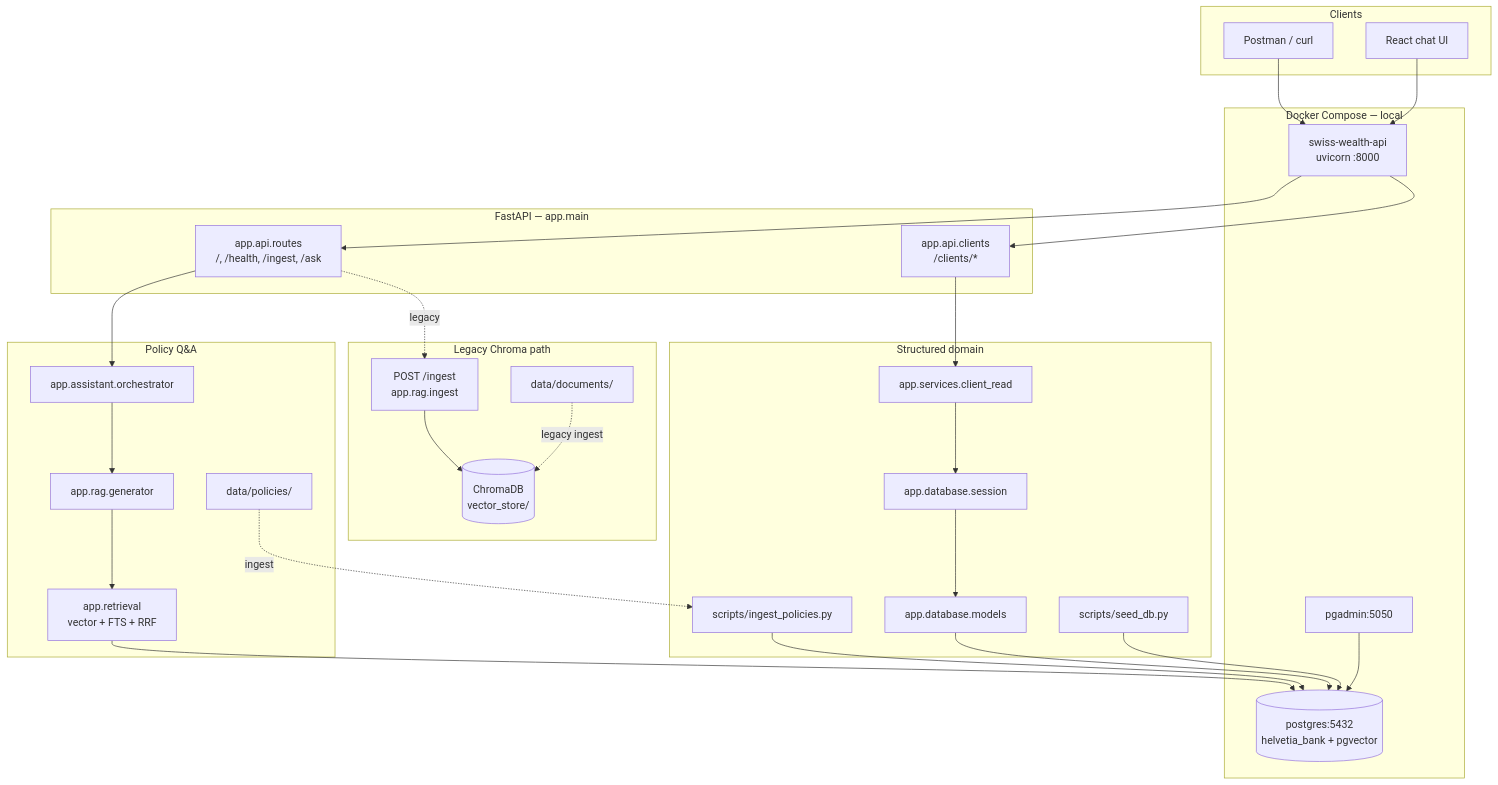
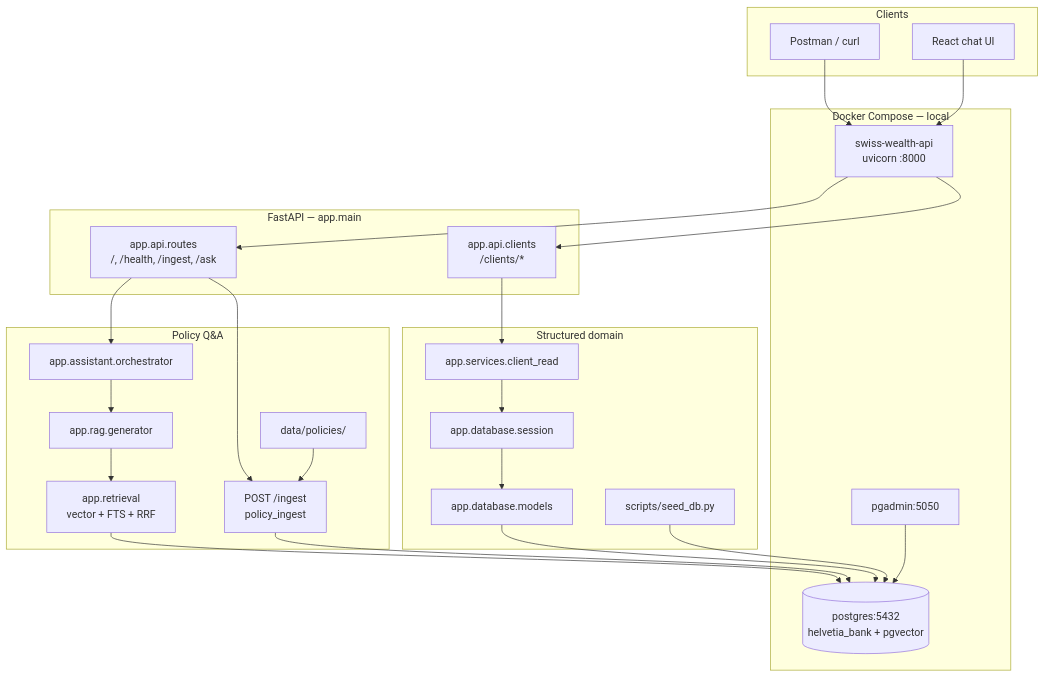
One commit to Mortiniera/swiss-wealth-rag-assistant changed the diagram in docs/architecture/system.md. Above: the diagram before and after it, drawn with Mermaid. The commit also changed other lines of this file and 38 other files, not shown here.

First line of the commit message:
refactor(rag): remove Chroma so RAG uses only Helvetia policies

````diff
--- a/docs/architecture/system.md
+++ b/docs/architecture/system.md
@@ -14,63 +14,54 @@
 ```mermaid
 flowchart TB
   subgraph clients [Clients]
     Postman[Postman / curl]
     UI[React chat UI]
   end
 
   subgraph compose [Docker Compose — local]
     API[swiss-wealth-api<br/>uvicorn :8000]
     PG[(postgres:5432<br/>helvetia_bank + pgvector)]
     PgAdmin[pgadmin:5050]
   end
 
   subgraph api_app [FastAPI — app.main]
     CoreRouter[app.api.routes<br/>/, /health, /ingest, /ask]
     ClientsRouter[app.api.clients<br/>/clients/*]
   end
 
   subgraph ask_path [Policy Q&A]
     Orchestrator[app.assistant.orchestrator]
     Generator[app.rag.generator]
     Hybrid[app.retrieval<br/>vector + FTS + RRF]
     Policies[data/policies/]
-  end
-
-  subgraph legacy [Legacy Chroma path]
-    ChromaIngest[POST /ingest<br/>app.rag.ingest]
-    Chroma[(ChromaDB<br/>vector_store/)]
-    Docs[data/documents/]
+    PolicyIngest[POST /ingest<br/>policy_ingest]
   end
 
   subgraph domain [Structured domain]
     ClientRead[app.services.client_read]
     Session[app.database.session]
     Models[app.database.models]
     Seed[scripts/seed_db.py]
-    PolicyIngest[scripts/ingest_policies.py]
   end
 
   Postman --> API
   UI --> API
   API --> CoreRouter
   API --> ClientsRouter
 
   CoreRouter --> Orchestrator
   Orchestrator --> Generator
   Generator --> Hybrid
   Hybrid --> PG
-  Policies -. ingest .-> PolicyIngest
+  CoreRouter --> PolicyIngest
+  Policies --> PolicyIngest
   PolicyIngest --> PG
-
-  CoreRouter -. legacy .-> ChromaIngest
-  ChromaIngest --> Chroma
-  Docs -. legacy ingest .-> Chroma
 
   ClientsRouter --> ClientRead
   ClientRead --> Session
   Session --> Models
   Models --> PG
 
   Seed --> PG
   PgAdmin --> PG
 ```
````
